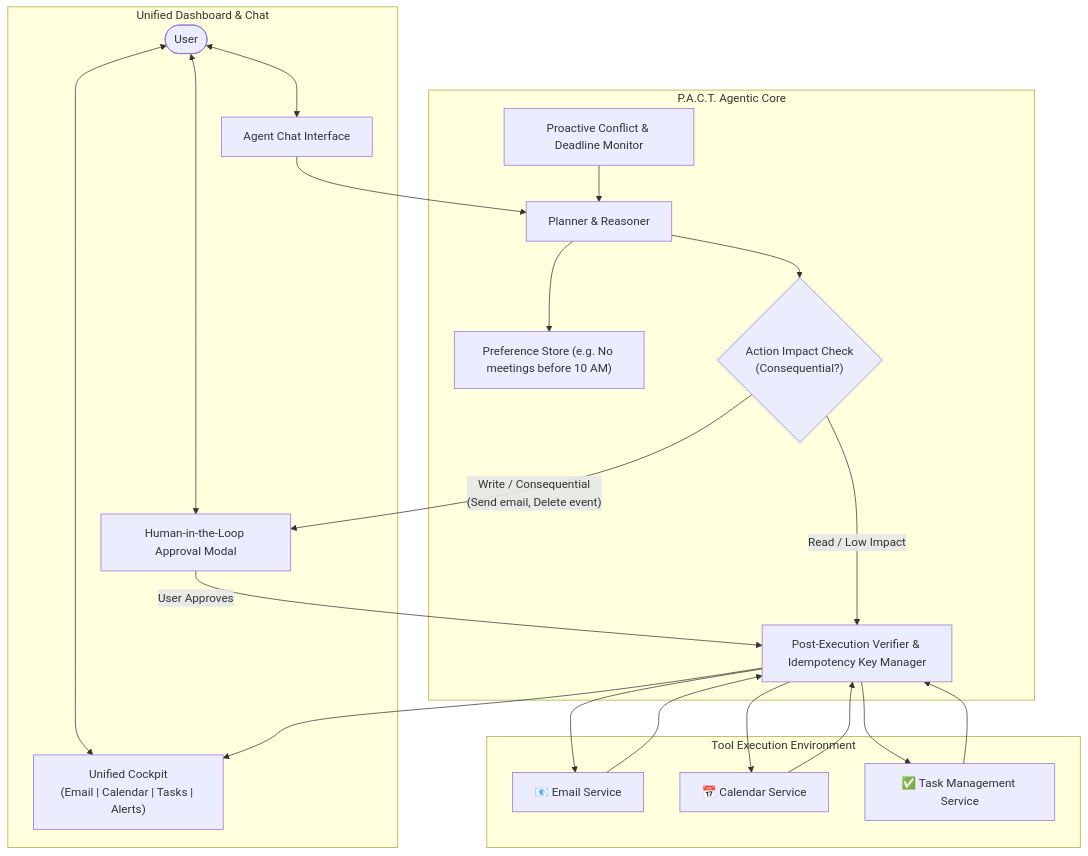
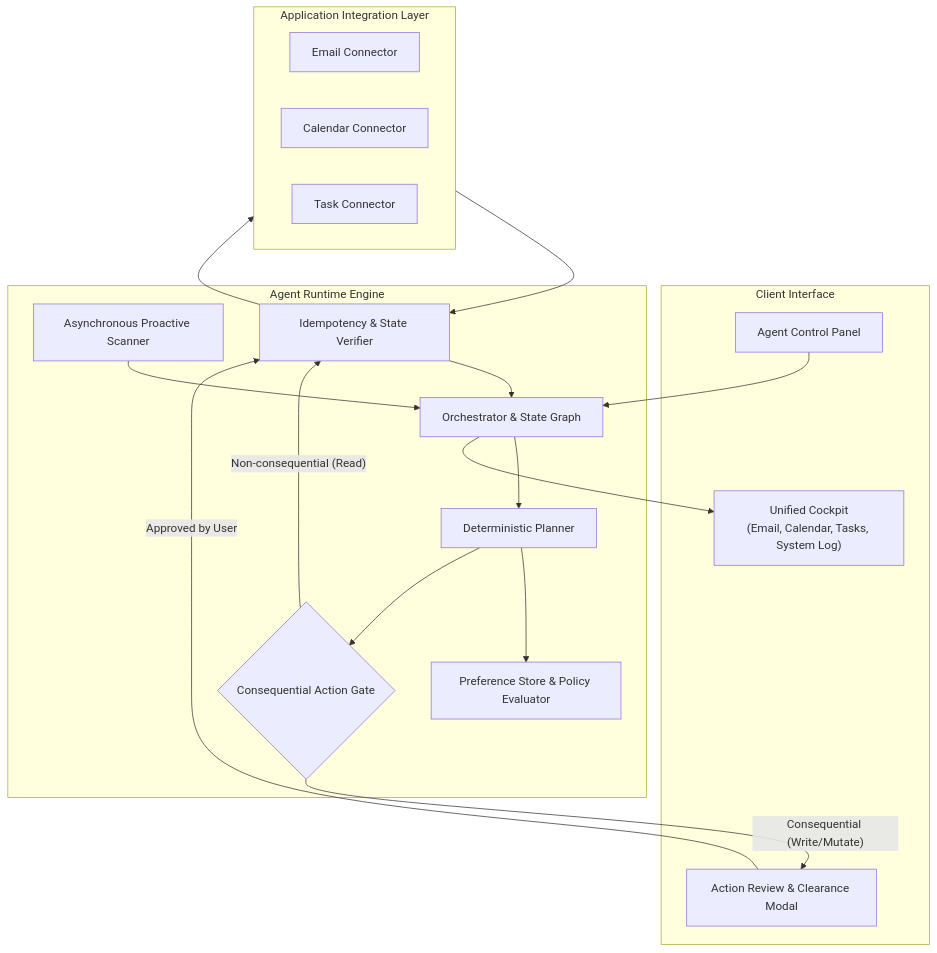
One commit to iAditya-Nanda/pact changed the diagram in README.md. Above: the diagram before and after it, drawn with Mermaid. The commit also changed other lines of this file, not shown here.

Commit message:
docs: overhaul documentation for production systems architecture

````diff
--- a/README.md
+++ b/README.md
@@ -20,33 +35,36 @@
 ```mermaid
 flowchart TD
-    subgraph UI ["Unified Dashboard & Chat"]
-        User(["User"]) <--> Dashboard["Unified Cockpit\n(Email | Calendar | Tasks | Alerts)"]
-        User <--> Chat["Agent Chat Interface"]
-        User <--> ApprovalModal["Human-in-the-Loop Approval Modal"]
+    subgraph Client ["Client Interface"]
+        UI["Unified Cockpit\n(Email, Calendar, Tasks, System Log)"]
+        Chat["Agent Control Panel"]
+        Approval["Action Review & Clearance Modal"]
     end
 
-    subgraph AgentEngine ["P.A.C.T. Agentic Core"]
-        Planner["Planner & Reasoner"]
-        Memory["Preference Store (e.g. No meetings before 10 AM)"]
-        ProactiveMonitor["Proactive Conflict & Deadline Monitor"]
-        GuardGate{"Action Impact Check\n(Consequential?)"}
-        Verifier["Post-Execution Verifier & Idempotency Key Manager"]
+    subgraph Core ["Agent Runtime Engine"]
+        Orchestrator["Orchestrator & State Graph"]
+        Planner["Deterministic Planner"]
+        Monitor["Asynchronous Proactive Scanner"]
+        PrefEngine["Preference Store & Policy Evaluator"]
+        SafetyGate{"Consequential Action Gate"}
+        IdempotencyMgr["Idempotency & State Verifier"]
     end
 
-    subgraph ToolLayer ["Tool Execution Environment"]
-        MailTool["📧 Email Service"]
-        CalTool["📅 Calendar Service"]
-        TaskTool["✅ Task Management Service"]
+    subgraph Services ["Application Integration Layer"]
+        EmailSvc["Email Connector"]
+        CalSvc["Calendar Connector"]
+        TaskSvc["Task Connector"]
     end
 
-    Chat --> Planner
-    ProactiveMonitor --> Planner
-    Planner --> Memory
-    Planner --> GuardGate
-    GuardGate -- "Read / Low Impact" --> Verifier
-    GuardGate -- "Write / Consequential\n(Send email, Delete event)" --> ApprovalModal
-    ApprovalModal -- "User Approves" --> Verifier
-    Verifier --> MailTool & CalTool & TaskTool
-    MailTool & CalTool & TaskTool --> Verifier
-    Verifier --> Dashboard
+    Chat --> Orchestrator
+    Monitor --> Orchestrator
+    Orchestrator --> Planner
+    Planner --> PrefEngine
+    Planner --> SafetyGate
+    SafetyGate -- "Non-consequential (Read)" --> IdempotencyMgr
+    SafetyGate -- "Consequential (Write/Mutate)" --> Approval
+    Approval -- "Approved by User" --> IdempotencyMgr
+    IdempotencyMgr --> Services
+    Services --> IdempotencyMgr
+    IdempotencyMgr --> Orchestrator
+    Orchestrator --> UI
 ```
````
